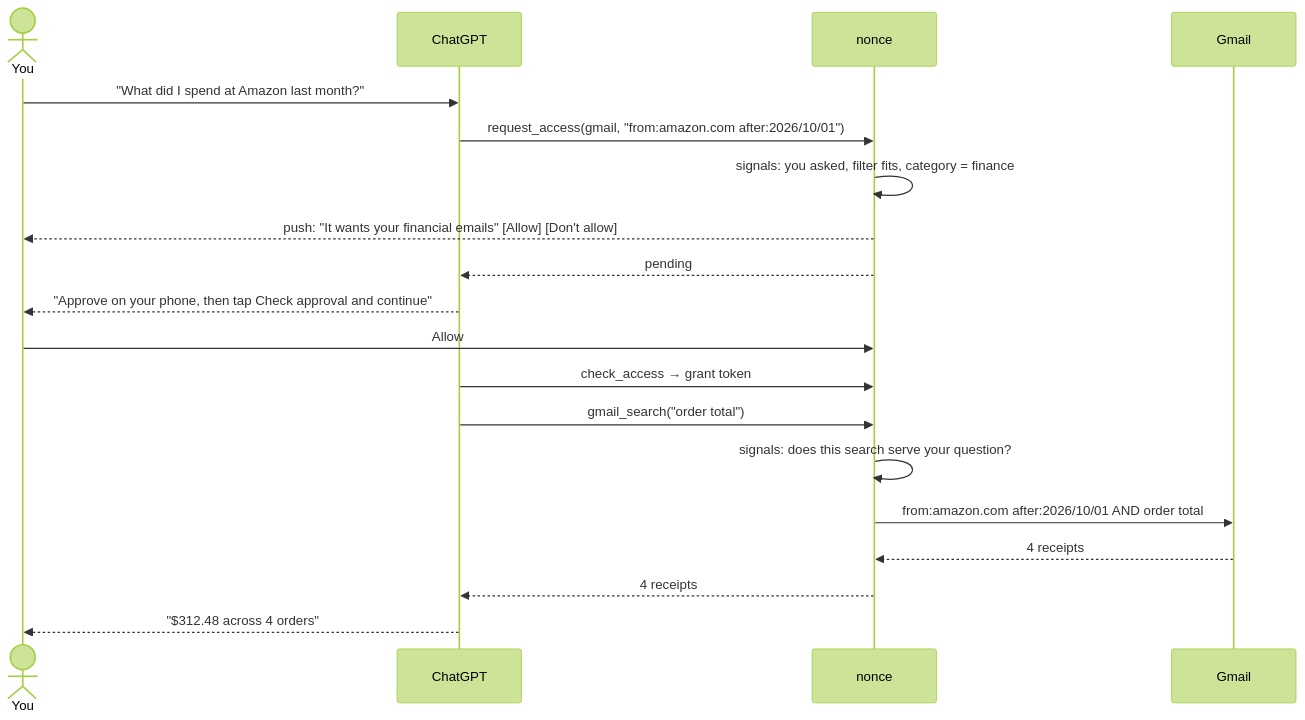
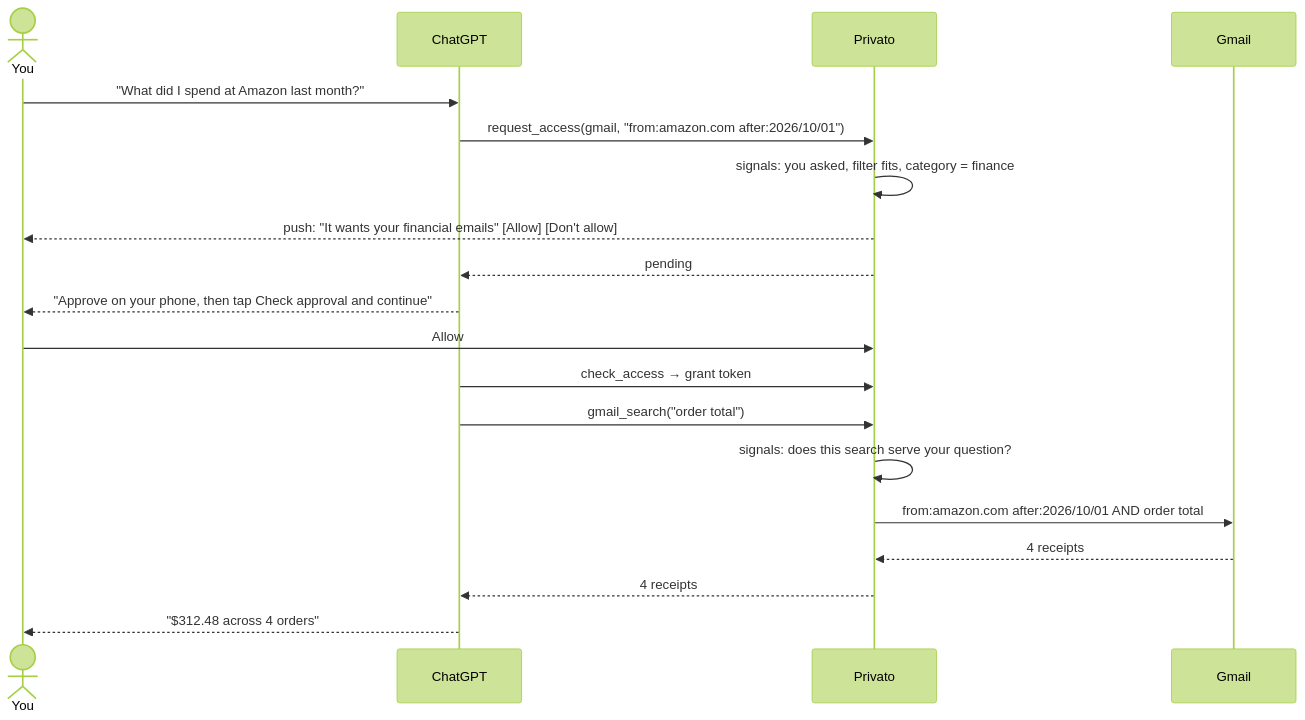
One commit to roe-ai/nonce changed the second of 2 diagrams in README.md. Above: the diagram before and after it, drawn with Mermaid (forest theme). The commit also changed other lines of this file and 81 other files, not shown here.

````diff
--- a/README.md
+++ b/README.md
@@ -29,21 +29,21 @@
 ```mermaid
 sequenceDiagram
     actor You
     participant App as ChatGPT
-    participant N as nonce
+    participant N as Privato
     participant G as Gmail
     You->>App: "What did I spend at Amazon last month?"
     App->>N: request_access(gmail, "from:amazon.com after:2026/10/01")
     N->>N: signals: you asked, filter fits, category = finance
     N-->>You: push: "It wants your financial emails" [Allow] [Don't allow]
     N-->>App: pending
     App-->>You: "Approve on your phone, then tap Check approval and continue"
     You->>N: Allow
     App->>N: check_access → grant token
     App->>N: gmail_search("order total")
     N->>N: signals: does this search serve your question?
     N->>G: from:amazon.com after:2026/10/01 AND order total
     G-->>N: 4 receipts
     N-->>App: 4 receipts
     App-->>You: "$312.48 across 4 orders"
 ```
````
